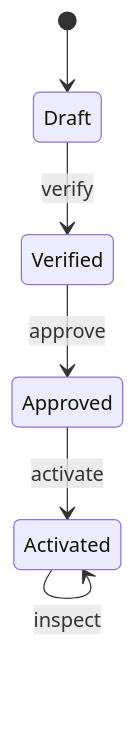
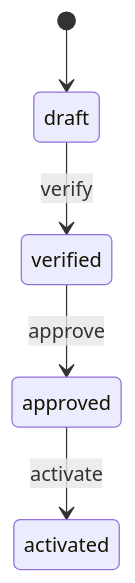
Before and after one commit to MetaInFLow/skillware-patterns: the diagram in patterns/state/README.md, drawn with Mermaid. The commit also changed other lines of this file and 12 other files, not shown here.

````diff
--- a/patterns/state/README.md
+++ b/patterns/state/README.md
@@ -31,8 +22,7 @@
 ```mermaid
 stateDiagram-v2
-    [*] --> Draft
-    Draft --> Verified: verify
-    Verified --> Approved: approve
-    Approved --> Activated: activate
-    Activated --> Activated: inspect
+    [*] --> draft
+    draft --> verified: verify
+    verified --> approved: approve
+    approved --> activated: activate
 ```
````
